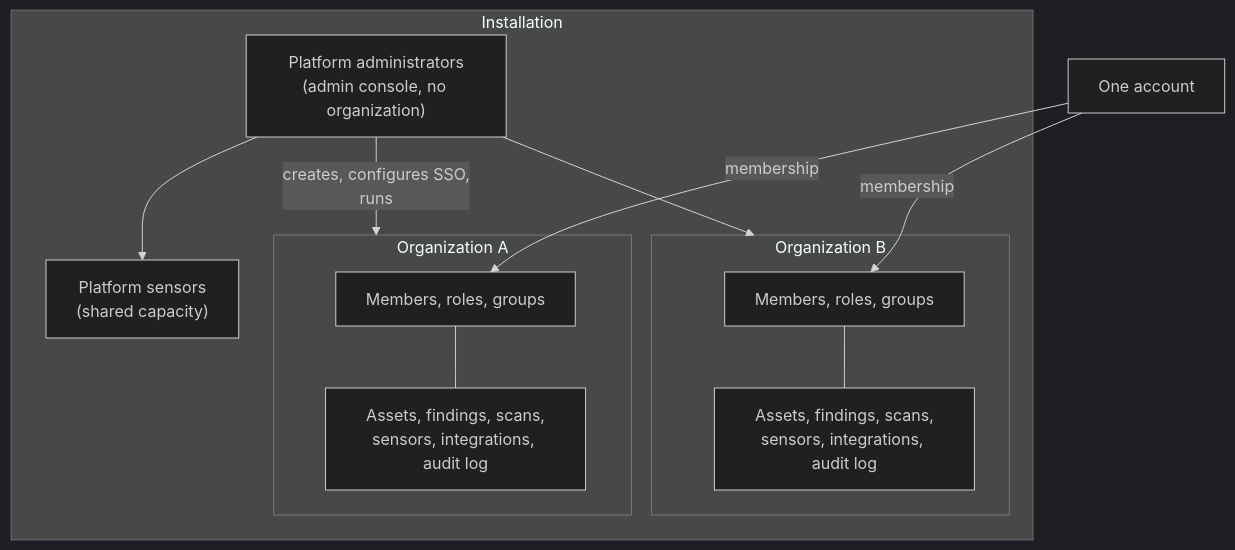
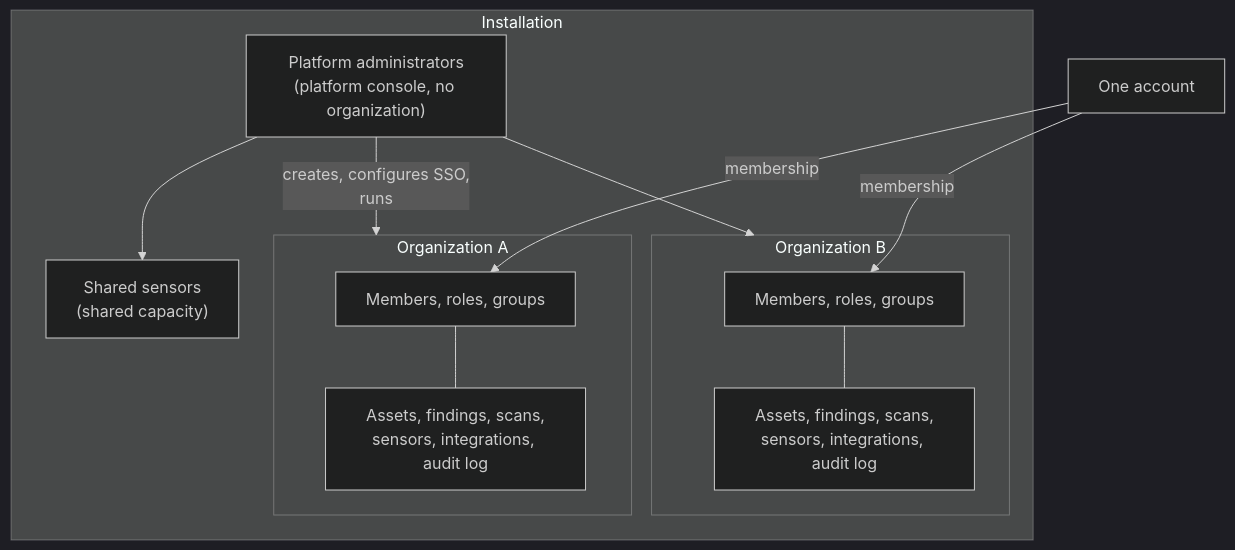
Before and after one commit to openctemio/docs: the second of 6 diagrams in overview/concepts.md, drawn with Mermaid (dark theme). The commit also changed other lines of this file and 84 other files, not shown here.

````diff
--- a/overview/concepts.md
+++ b/overview/concepts.md
@@ -55,18 +60,18 @@
 ```mermaid
 flowchart TB
     subgraph inst["Installation"]
-        PA["Platform administrators<br/>(admin console, no organization)"]
-        PS["Platform sensors<br/>(shared capacity)"]
+        PA["Platform administrators<br/>(platform console, no organization)"]
+        PS["Shared sensors<br/>(shared capacity)"]
         subgraph o1["Organization A"]
             M1["Members, roles, groups"] --- D1["Assets, findings, scans,<br/>sensors, integrations, audit log"]
         end
         subgraph o2["Organization B"]
             M2["Members, roles, groups"] --- D2["Assets, findings, scans,<br/>sensors, integrations, audit log"]
         end
     end
     PA -->|"creates, configures SSO,<br/>runs"| o1
     PA --> o2
     PA --> PS
     U["One account"] -->|"membership"| M1
     U -->|"membership"| M2
 ```
````
